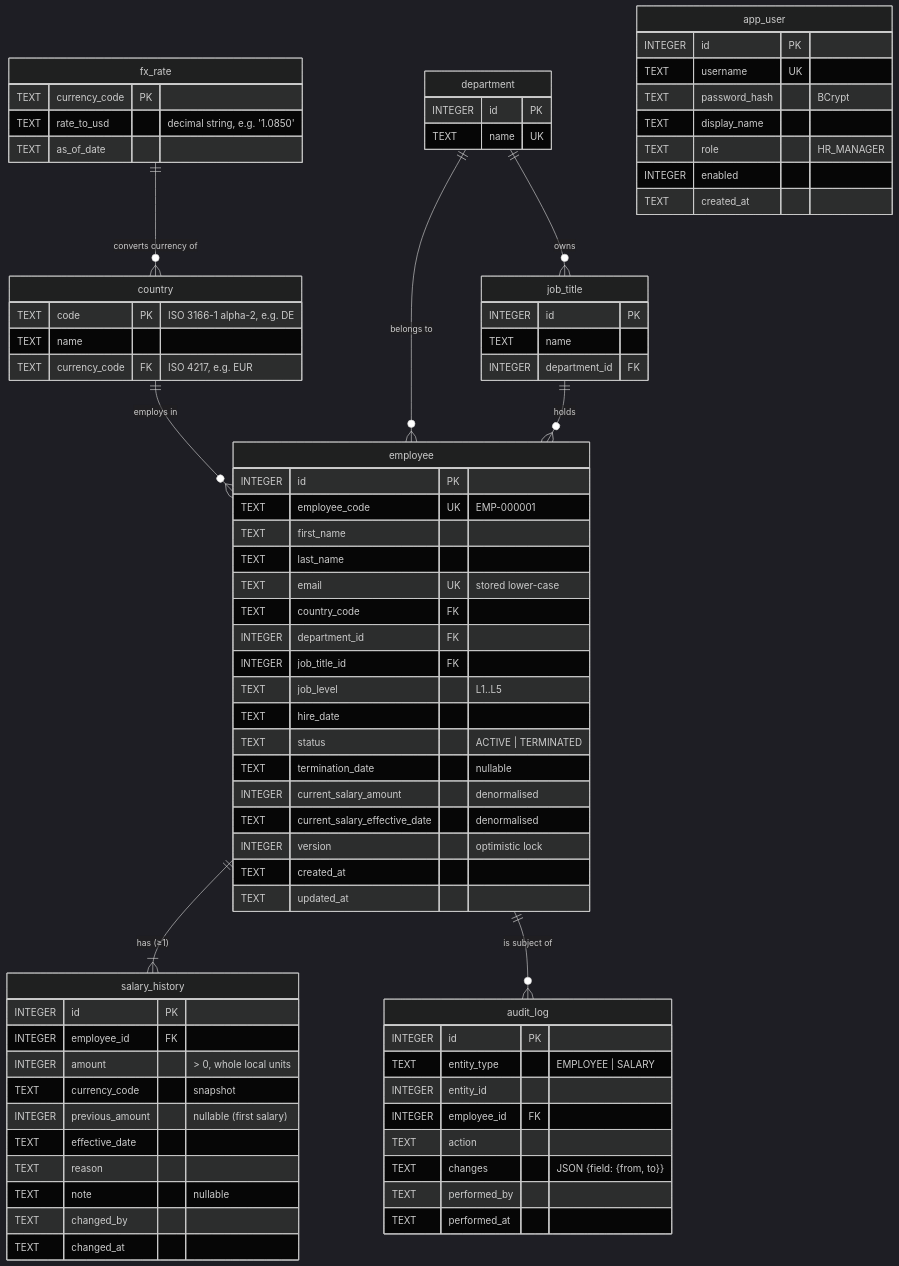
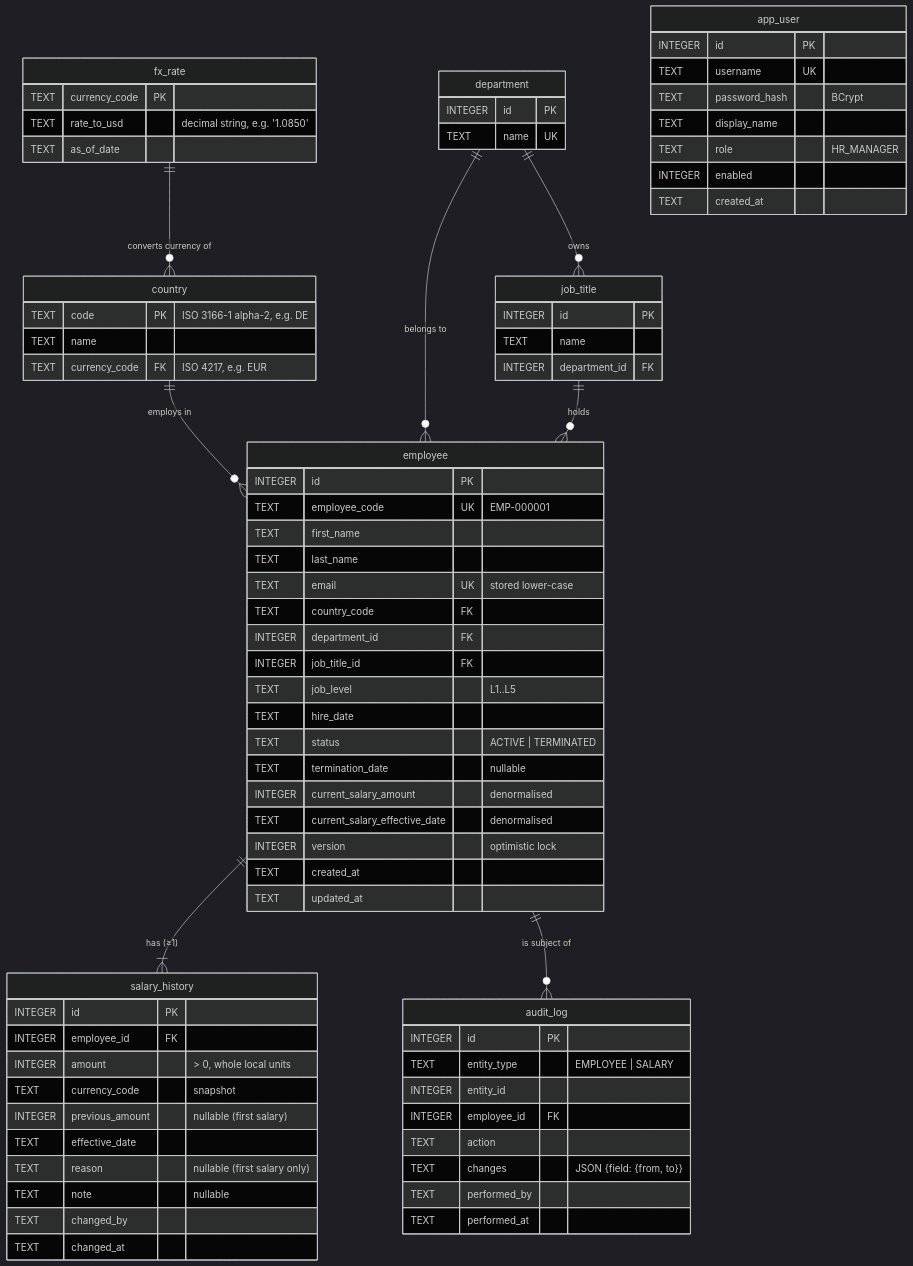
Before and after one commit to neeraja-anil/acme-salary-management: the diagram in docs/database-schema.md, drawn with Mermaid (dark theme). The commit also changed other lines of this file and 31 other files, not shown here.

````diff
--- a/docs/database-schema.md
+++ b/docs/database-schema.md
@@ -7,80 +7,80 @@
 ```mermaid
 erDiagram
     country     ||--o{ employee       : "employs in"
     department  ||--o{ job_title      : "owns"
     department  ||--o{ employee       : "belongs to"
     job_title   ||--o{ employee       : "holds"
     fx_rate     ||--o{ country        : "converts currency of"
     employee    ||--|{ salary_history : "has (≥1)"
     employee    ||--o{ audit_log      : "is subject of"
 
     country {
         TEXT code PK "ISO 3166-1 alpha-2, e.g. DE"
         TEXT name
         TEXT currency_code FK "ISO 4217, e.g. EUR"
     }
     fx_rate {
         TEXT currency_code PK
         TEXT rate_to_usd "decimal string, e.g. '1.0850'"
         TEXT as_of_date
     }
     department {
         INTEGER id PK
         TEXT name UK
     }
     job_title {
         INTEGER id PK
         TEXT name
         INTEGER department_id FK
     }
     employee {
         INTEGER id PK
         TEXT employee_code UK "EMP-000001"
         TEXT first_name
         TEXT last_name
         TEXT email UK "stored lower-case"
         TEXT country_code FK
         INTEGER department_id FK
         INTEGER job_title_id FK
         TEXT job_level "L1..L5"
         TEXT hire_date
         TEXT status "ACTIVE | TERMINATED"
         TEXT termination_date "nullable"
         INTEGER current_salary_amount "denormalised"
         TEXT current_salary_effective_date "denormalised"
         INTEGER version "optimistic lock"
         TEXT created_at
         TEXT updated_at
     }
     salary_history {
         INTEGER id PK
         INTEGER employee_id FK
         INTEGER amount "> 0, whole local units"
         TEXT currency_code "snapshot"
         INTEGER previous_amount "nullable (first salary)"
         TEXT effective_date
-        TEXT reason
+        TEXT reason "nullable (first salary only)"
         TEXT note "nullable"
         TEXT changed_by
         TEXT changed_at
     }
     audit_log {
         INTEGER id PK
         TEXT entity_type "EMPLOYEE | SALARY"
         INTEGER entity_id
         INTEGER employee_id FK
         TEXT action
         TEXT changes "JSON {field: {from, to}}"
         TEXT performed_by
         TEXT performed_at
     }
     app_user {
         INTEGER id PK
         TEXT username UK
         TEXT password_hash "BCrypt"
         TEXT display_name
         TEXT role "HR_MANAGER"
         INTEGER enabled
         TEXT created_at
     }
 ```
````
